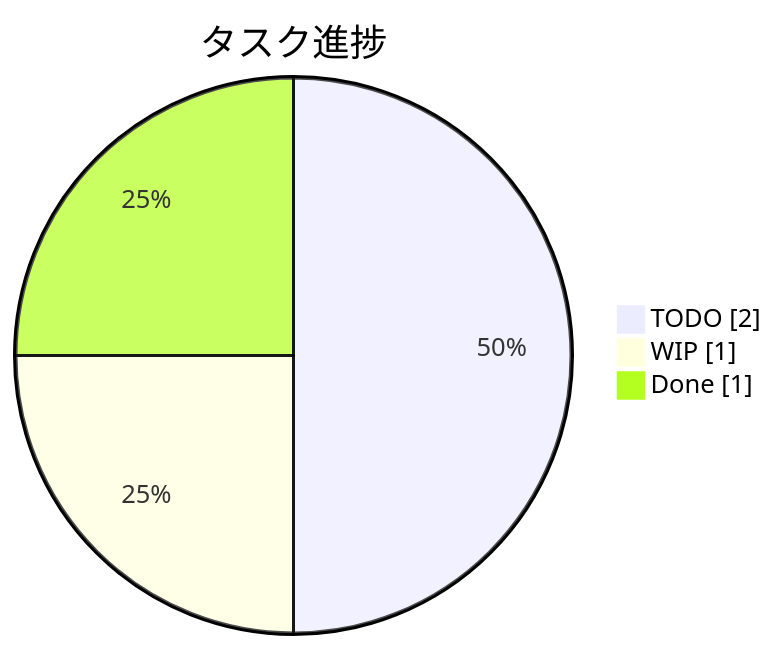
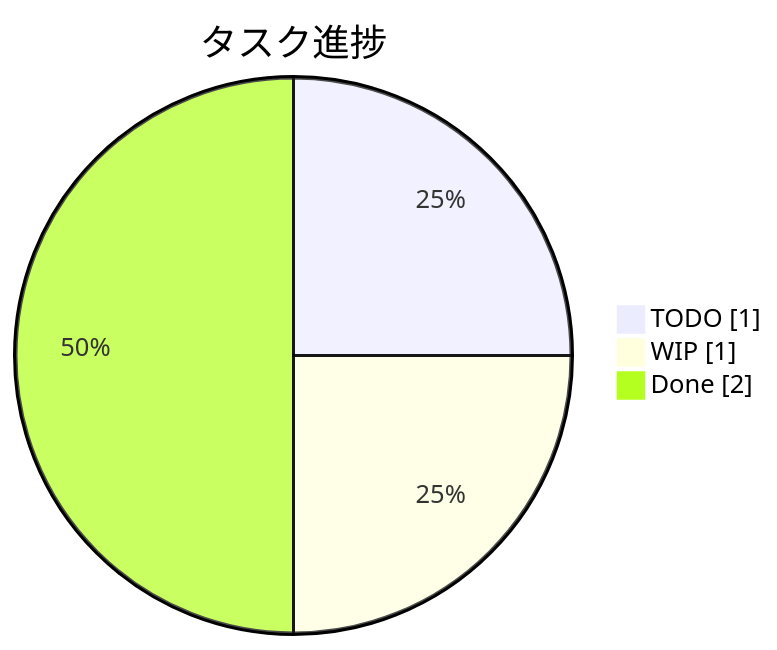
One commit to biki-cloud/yaml-bridge changed the first of 3 diagrams in categories/design/task_breakdown/output/sample.md. Above: the diagram before and after it, drawn with Mermaid. The commit also changed other lines of this file and 2 other files, not shown here.

Commit message:
Update task statuses in sample files: change 'リフレッシュトークン実装' to 'done' and adjust pie chart data accordingly.

````diff
--- a/categories/design/task_breakdown/output/sample.md
+++ b/categories/design/task_breakdown/output/sample.md
@@ -18,7 +18,7 @@
 ```mermaid
 pie showData
     title タスク進捗
-    "TODO" : 2
+    "TODO" : 1
     "WIP" : 1
-    "Done" : 1
+    "Done" : 2
 ```
````
